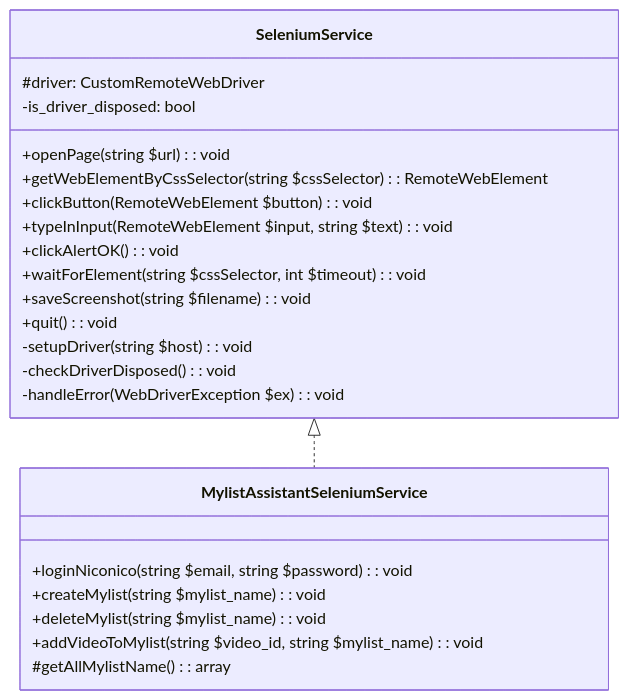
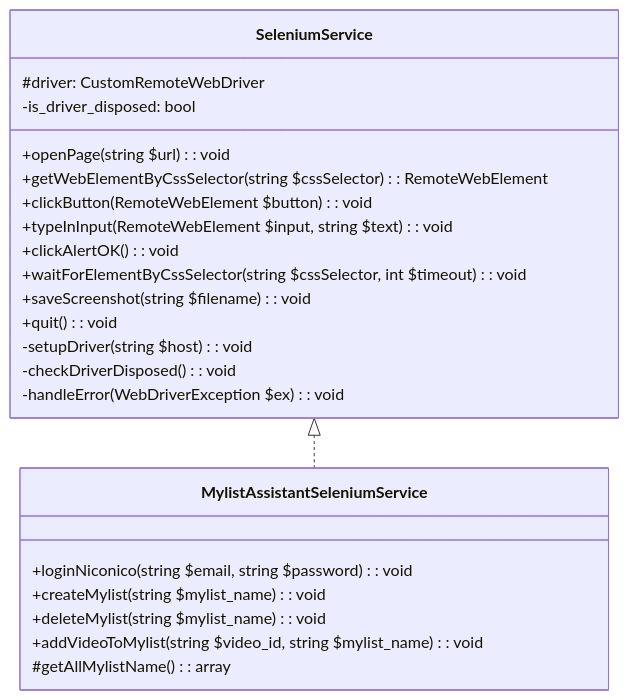
The fourth of 4 diagrams in Doc/MylistAssistant.md (PONzu-0529/ponzu0529-niconico), drawn with Mermaid before and after one commit. The commit also changed 3 other files, not shown here.

````diff
--- a/Doc/MylistAssistant.md
+++ b/Doc/MylistAssistant.md
@@ -144,28 +144,28 @@
 ```mermaid
 classDiagram
     class SeleniumService {
         #driver: CustomRemoteWebDriver
         -is_driver_disposed: bool
         +openPage(string $url): void
         +getWebElementByCssSelector(string $cssSelector): RemoteWebElement
         +clickButton(RemoteWebElement $button): void
         +typeInInput(RemoteWebElement $input, string $text): void
         +clickAlertOK(): void
-        +waitForElement(string $cssSelector, int $timeout): void
+        +waitForElementByCssSelector(string $cssSelector, int $timeout): void
         +saveScreenshot(string $filename): void
         +quit(): void
         -setupDriver(string $host): void
         -checkDriverDisposed(): void
         -handleError(WebDriverException $ex): void
     }
 
     class MylistAssistantSeleniumService {
         +loginNiconico(string $email, string $password): void
         +createMylist(string $mylist_name): void
         +deleteMylist(string $mylist_name): void
         +addVideoToMylist(string $video_id, string $mylist_name): void
         #getAllMylistName(): array
     }
 
     SeleniumService <|.. MylistAssistantSeleniumService
 ```
````
